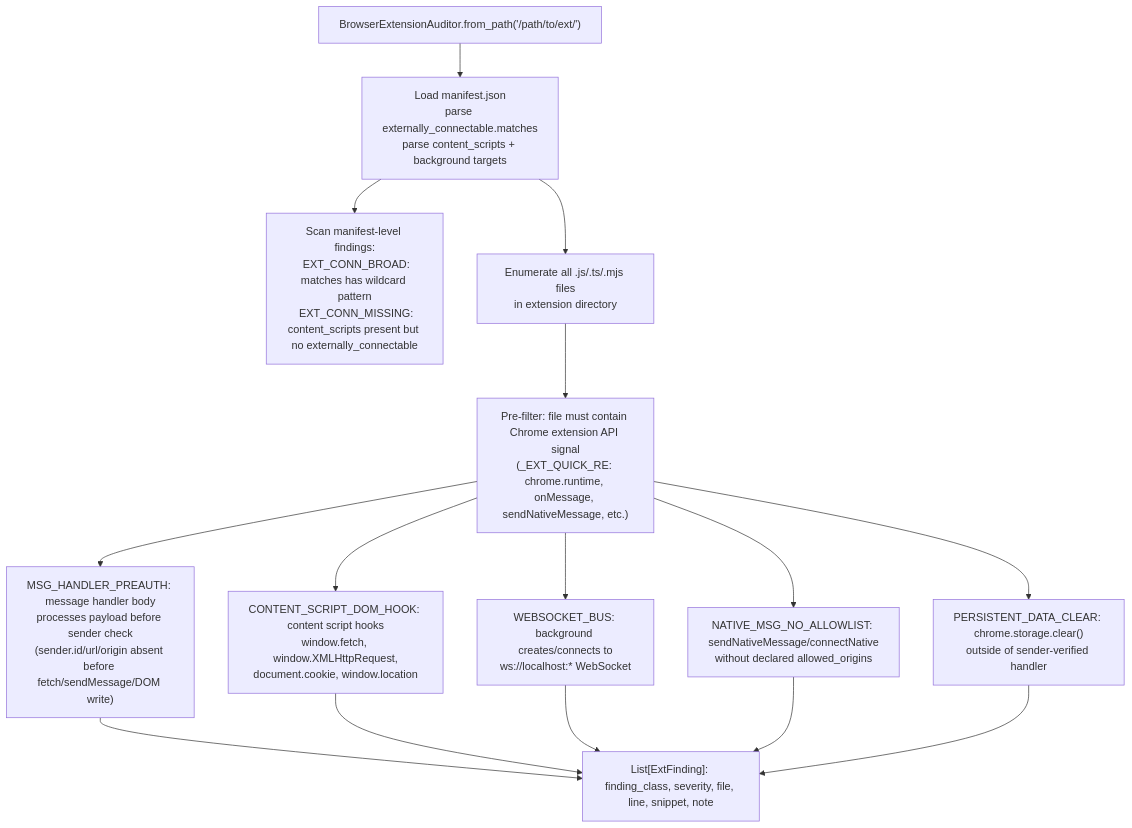
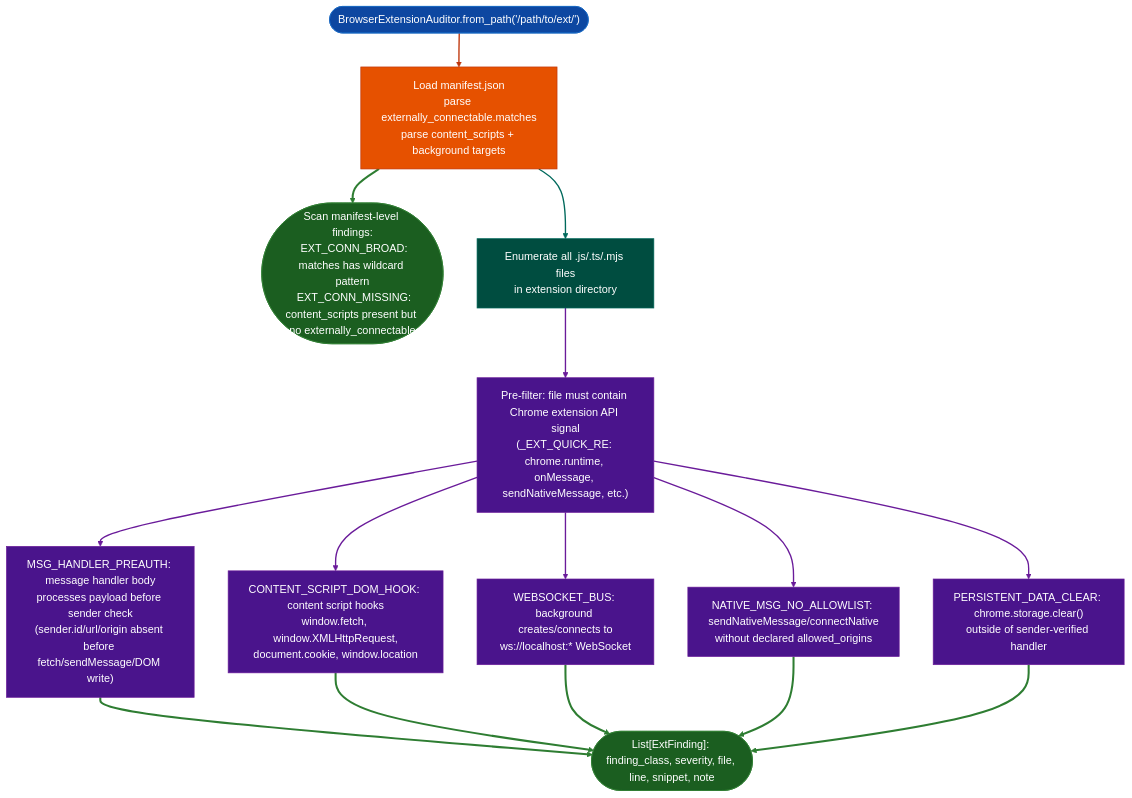
Before and after one commit to Ablation-Tool/ablation: the diagram in docs/reference-modules/browser-extension-auditing.md, drawn with Mermaid. The commit also changed 320 other files, not shown here.

First line of the commit message:
docs: apply canonical Mermaid template to all 321 diagrams

````diff
--- a/docs/reference-modules/browser-extension-auditing.md
+++ b/docs/reference-modules/browser-extension-auditing.md
@@ -19,17 +19,37 @@
 ```mermaid
 flowchart TD
-    A["BrowserExtensionAuditor.from_path('/path/to/ext/')"] --> B["Load manifest.json\nparse externally_connectable.matches\nparse content_scripts + background targets"]
-    B --> C["Scan manifest-level findings:\n  EXT_CONN_BROAD: matches has wildcard pattern\n  EXT_CONN_MISSING: content_scripts present but no externally_connectable"]
-    B --> D["Enumerate all .js/.ts/.mjs files\nin extension directory"]
-    D --> E["Pre-filter: file must contain Chrome extension API signal\n(_EXT_QUICK_RE: chrome.runtime, onMessage, sendNativeMessage, etc.)"]
-    E --> F["MSG_HANDLER_PREAUTH: message handler body\nprocesses payload before sender check\n(sender.id/url/origin absent before fetch/sendMessage/DOM write)"]
-    E --> G["CONTENT_SCRIPT_DOM_HOOK: content script hooks\nwindow.fetch, window.XMLHttpRequest,\ndocument.cookie, window.location"]
-    E --> H["WEBSOCKET_BUS: background creates/connects to\nws://localhost:* WebSocket"]
-    E --> I["NATIVE_MSG_NO_ALLOWLIST: sendNativeMessage/connectNative\nwithout declared allowed_origins"]
-    E --> J["PERSISTENT_DATA_CLEAR: chrome.storage.clear()\noutside of sender-verified handler"]
-    F --> K["List[ExtFinding]: finding_class, severity, file, line, snippet, note"]
-    G --> K
-    H --> K
-    I --> K
-    J --> K
+    A(["BrowserExtensionAuditor.from_path('/path/to/ext/')"]):::input --> B["Load manifest.json\nparse externally_connectable.matches\nparse content_scripts + background targets"]:::primary
+    B:::primary --> C(["Scan manifest-level findings:\n  EXT_CONN_BROAD: matches has wildcard pattern\n  EXT_CONN_MISSING: content_scripts present but no externally_connectable"]):::output
+    B:::primary --> D["Enumerate all .js/.ts/.mjs files\nin extension directory"]:::secondary
+    D:::secondary --> E["Pre-filter: file must contain Chrome extension API signal\n(_EXT_QUICK_RE: chrome.runtime, onMessage, sendNativeMessage, etc.)"]:::tertiary
+    E:::tertiary --> F["MSG_HANDLER_PREAUTH: message handler body\nprocesses payload before sender check\n(sender.id/url/origin absent before fetch/sendMessage/DOM write)"]:::tertiary
+    E:::tertiary --> G["CONTENT_SCRIPT_DOM_HOOK: content script hooks\nwindow.fetch, window.XMLHttpRequest,\ndocument.cookie, window.location"]:::tertiary
+    E:::tertiary --> H["WEBSOCKET_BUS: background creates/connects to\nws://localhost:* WebSocket"]:::tertiary
+    E:::tertiary --> I["NATIVE_MSG_NO_ALLOWLIST: sendNativeMessage/connectNative\nwithout declared allowed_origins"]:::tertiary
+    E:::tertiary --> J["PERSISTENT_DATA_CLEAR: chrome.storage.clear()\noutside of sender-verified handler"]:::tertiary
+    F:::tertiary --> K(["List[ExtFinding]: finding_class, severity, file, line, snippet, note"]):::output
+    G:::tertiary --> K:::output
+    H:::tertiary --> K:::output
+    I:::tertiary --> K:::output
+    J:::tertiary --> K:::output
+    classDef input     fill:#0d47a1,stroke:#1565c0,color:#fff
+    classDef primary   fill:#e65100,stroke:#bf360c,color:#fff
+    classDef secondary fill:#004d40,stroke:#00695c,color:#fff
+    classDef tertiary  fill:#4a148c,stroke:#6a1b9a,color:#fff
+    classDef neutral   fill:#37474f,stroke:#546e7a,color:#fff
+    classDef output    fill:#1b5e20,stroke:#2e7d32,color:#fff
+    linkStyle 0 stroke:#bf360c,stroke-width:2px
+    linkStyle 1 stroke:#2e7d32,stroke-width:3px
+    linkStyle 2 stroke:#00695c,stroke-width:2px
+    linkStyle 3 stroke:#6a1b9a,stroke-width:2px
+    linkStyle 4 stroke:#6a1b9a,stroke-width:2px
+    linkStyle 5 stroke:#6a1b9a,stroke-width:2px
+    linkStyle 6 stroke:#6a1b9a,stroke-width:2px
+    linkStyle 7 stroke:#6a1b9a,stroke-width:2px
+    linkStyle 8 stroke:#6a1b9a,stroke-width:2px
+    linkStyle 9 stroke:#2e7d32,stroke-width:3px
+    linkStyle 10 stroke:#2e7d32,stroke-width:3px
+    linkStyle 11 stroke:#2e7d32,stroke-width:3px
+    linkStyle 12 stroke:#2e7d32,stroke-width:3px
+    linkStyle 13 stroke:#2e7d32,stroke-width:3px
 ```
````
